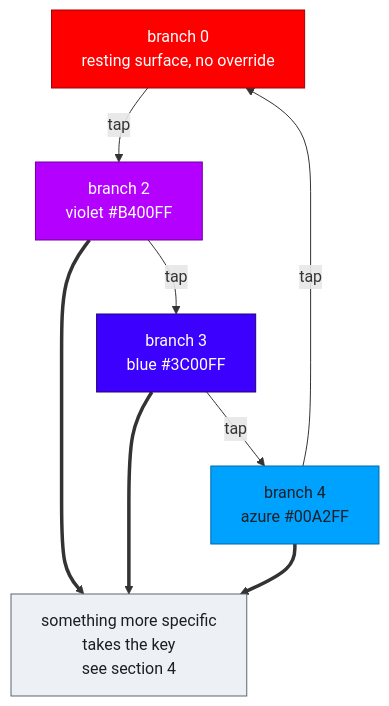
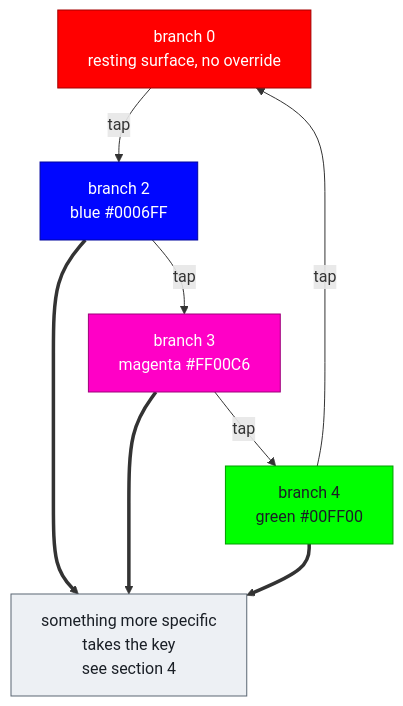
The second of 5 diagrams in docs/rgbflow.md (NoahCLR/charybdis-4x6), drawn with Mermaid before and after one commit. The commit also changed other lines of this file and 9 other files, not shown here.

````diff
--- a/docs/rgbflow.md
+++ b/docs/rgbflow.md
@@ -82,18 +82,18 @@
 ```mermaid
 flowchart TD
     B0["branch 0<br>resting surface, no override"]
-    B0 -->|"tap"| B2["branch 2<br>violet #B400FF"]
-    B2 -->|"tap"| B3["branch 3<br>blue #3C00FF"]
-    B3 -->|"tap"| B4["branch 4<br>azure #00A2FF"]
+    B0 -->|"tap"| B2["branch 2<br>blue #0006FF"]
+    B2 -->|"tap"| B3["branch 3<br>magenta #FF00C6"]
+    B3 -->|"tap"| B4["branch 4<br>green #00FF00"]
     B4 -->|"tap"| B0
 
     B2 ==> H["something more specific<br>takes the key<br>see section 4"]
     B3 ==> H
     B4 ==> H
 
     style B0 fill:#FF0000,stroke:#A30000,color:#FFFFFF
-    style B2 fill:#B400FF,stroke:#6E0099,color:#FFFFFF
-    style B3 fill:#3C00FF,stroke:#28006E,color:#FFFFFF
-    style B4 fill:#00A2FF,stroke:#0069A6,color:#1A1F26
+    style B2 fill:#0006FF,stroke:#00049E,color:#FFFFFF
+    style B3 fill:#FF00C6,stroke:#9E007A,color:#FFFFFF
+    style B4 fill:#00FF00,stroke:#009E00,color:#1A1F26
     style H fill:#EDF0F4,stroke:#5A6673,color:#1A1F26
 ```
````
